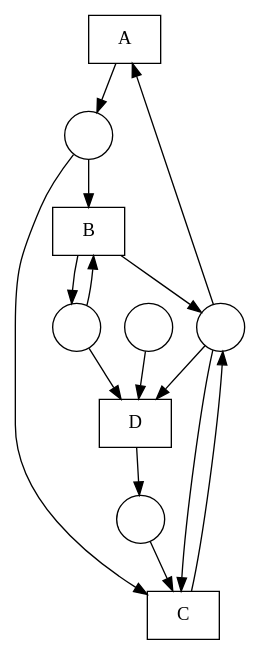
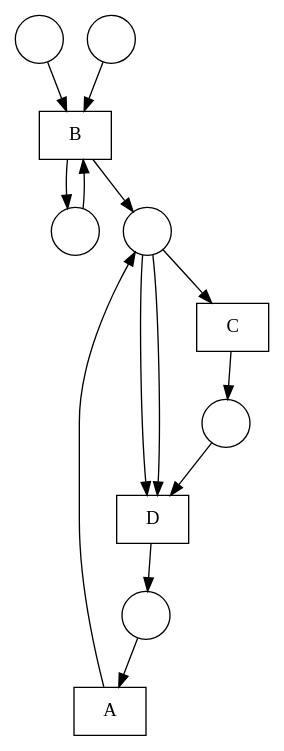
Before and after one commit to DWitek97/GeneticMiner: the diagram in nets/Fittest net.gv, drawn with Graphviz. The commit also changed 5 other files, not shown here.

```diff
--- a/nets/Fittest net.gv
+++ b/nets/Fittest net.gv
@@ -1,27 +1,27 @@
 digraph "Fittest net" {
 	node [shape=box]
-	A [label=A]
 	B [label=B]
 	D [label=D]
 	C [label=C]
+	A [label=A]
 	node [shape=circle]
 	1 [label=" "]
 	2 [label=" "]
 	3 [label=" "]
 	4 [label=" "]
 	5 [label=" "]
+	6 [label=" "]
+	4 -> B
+	2 -> B
+	3 -> B
+	B -> 5
+	B -> 3
+	5 -> D
+	6 -> D
+	5 -> D
+	D -> 1
+	5 -> C
+	C -> 6
 	1 -> A
-	A -> 2
-	3 -> B
-	2 -> B
-	B -> 1
-	B -> 3
-	1 -> D
-	5 -> D
-	3 -> D
-	D -> 4
-	1 -> C
-	2 -> C
-	4 -> C
-	C -> 1
+	A -> 5
 }
```
